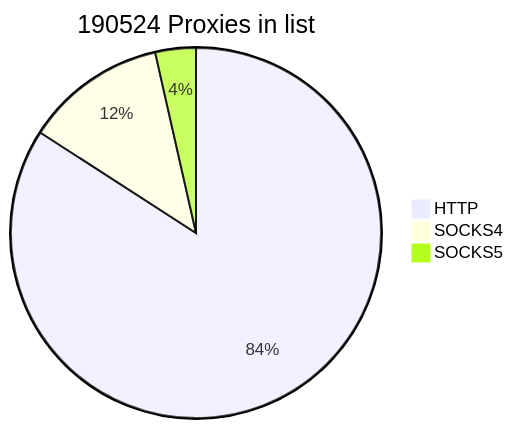
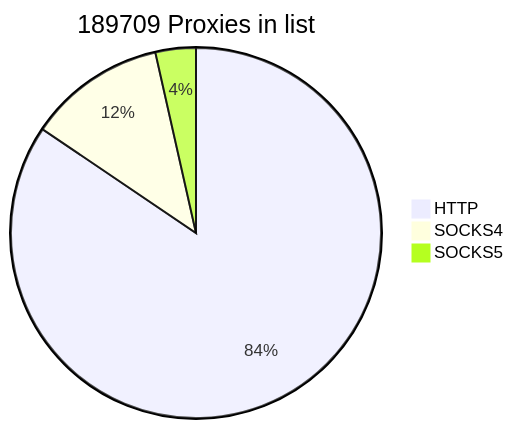
Before and after one commit to cutipu/proxylist: the first of 2 diagrams in README.md, drawn with Mermaid. The commit also changed other lines of this file, not shown here.

````diff
--- a/README.md
+++ b/README.md
@@ -2,7 +2,7 @@
 ```mermaid
-pie title 190524 Proxies in list
-    "HTTP" : 160260
-    "SOCKS4" : 23513
-    "SOCKS5" : 6751
+pie title 189709 Proxies in list
+    "HTTP" : 160231
+    "SOCKS4" : 22788
+    "SOCKS5" : 6690
             
 ```
````
